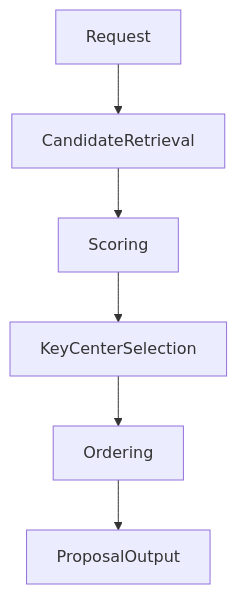
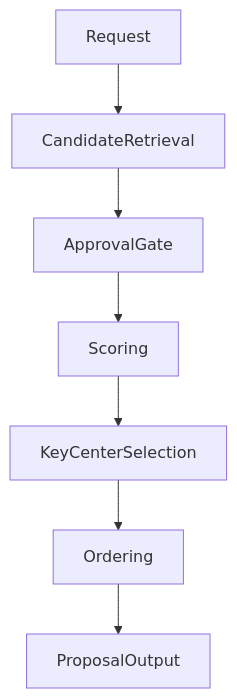
The fourth of 4 diagrams in docs/ARCHITECTURE.md (homeputers/cadentia), drawn with Mermaid before and after one commit. The commit also changed other lines of this file and 2 other files, not shown here.

Commit message:
docs: update adr-001 architecture documentation (#10)

````diff
--- a/docs/ARCHITECTURE.md
+++ b/docs/ARCHITECTURE.md
@@ -78,8 +162,9 @@
 ``` mermaid
 graph TD
     Request --> CandidateRetrieval
-    CandidateRetrieval --> Scoring
+    CandidateRetrieval --> ApprovalGate
+    ApprovalGate --> Scoring
     Scoring --> KeyCenterSelection
     KeyCenterSelection --> Ordering
     Ordering --> ProposalOutput
 ```
````
